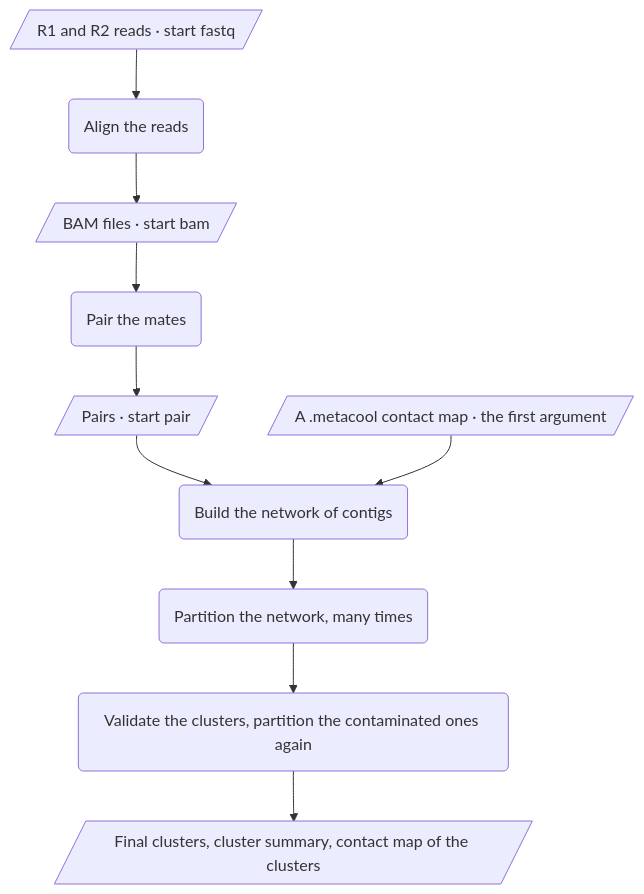
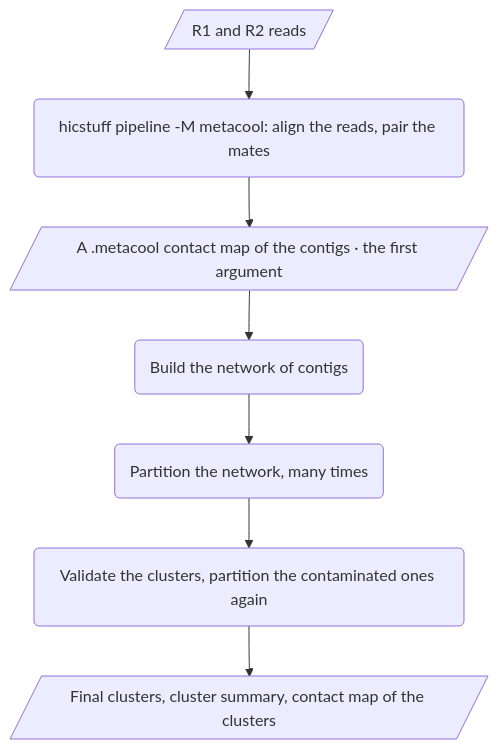
One commit to koszullab/metaTOR changed the diagram in docs/concepts.md. Above: the diagram before and after it, drawn with Mermaid. The commit also changed other lines of this file and 62 other files, not shown here.

First line of the commit message:
refactor!: a contact map is the only input of network and pipeline (#78)

````diff
--- a/docs/concepts.md
+++ b/docs/concepts.md
@@ -25,21 +24,17 @@
 ```mermaid
 ---
 config:
   flowchart:
     wrappingWidth: 400
 ---
 flowchart TD
-    reads[/"R1 and R2 reads · start fastq"/]
-    align("Align the reads")
-    bams[/"BAM files · start bam"/]
-    pair("Pair the mates")
-    pairs[/"Pairs · start pair"/]
-    map[/"A .metacool contact map · the first argument"/]
+    reads[/"R1 and R2 reads"/]
+    hicstuff("hicstuff pipeline -M metacool: align the reads, pair the mates")
+    map[/"A .metacool contact map of the contigs · the first argument"/]
     network("Build the network of contigs")
     partition("Partition the network, many times")
     validation("Validate the clusters, partition the contaminated ones again")
     clusters[/"Final clusters, cluster summary, contact map of the clusters"/]
-    reads --> align --> bams --> pair --> pairs --> network
-    map --> network
+    reads --> hicstuff --> map --> network
     network --> partition --> validation --> clusters
 ```
````
